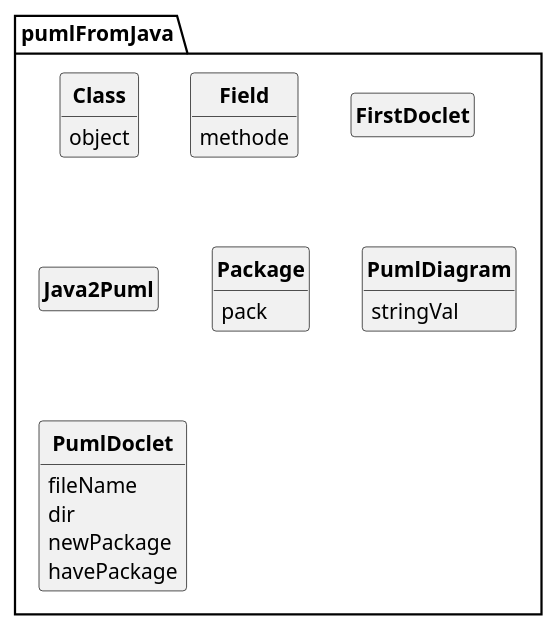
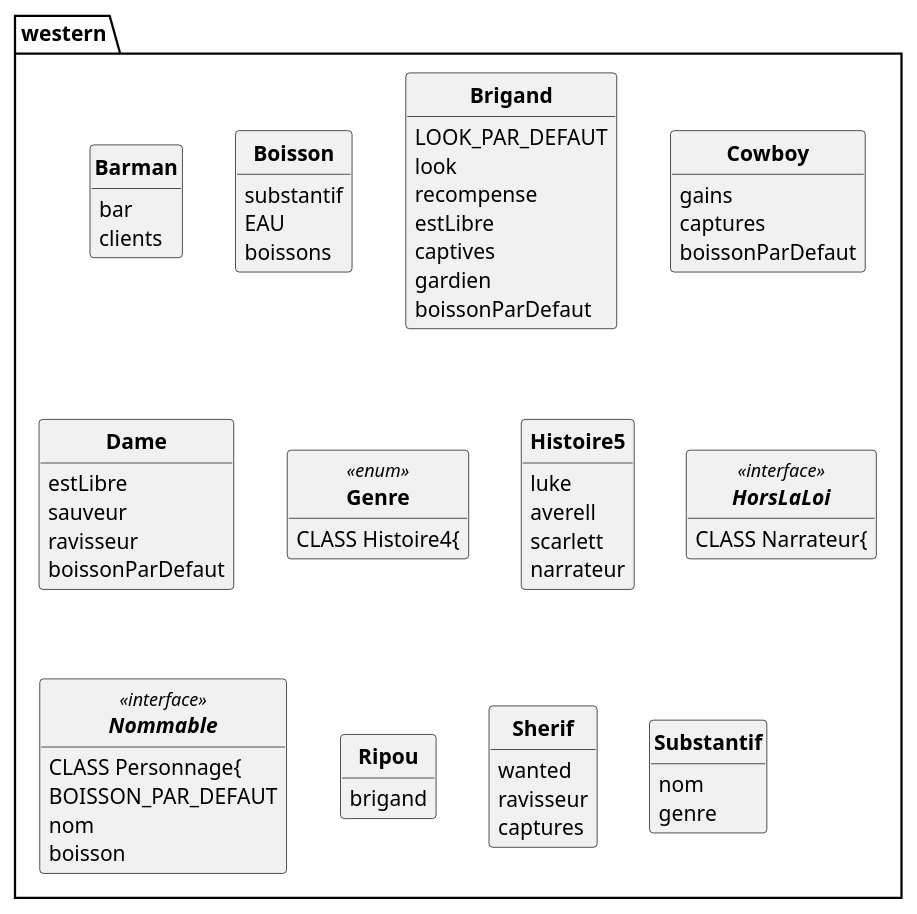
Before and after one commit to D3B1RUM4N/PumlFromJava: the diagram in out/production/p21_projet/pumlCode.puml, drawn with PlantUML. The commit also changed 11 other files, not shown here.

```diff
--- a/out/production/p21_projet/pumlCode.puml
+++ b/out/production/p21_projet/pumlCode.puml
@@ -1,49 +1,100 @@
 @startuml
 
 'UML GENERE PAR CODE :)
 
 skinparam style strictuml
 skinparam classAttributeIconSize 0
 skinparam classFontStyle Bold
 hide empty members
 
-PACKAGE pumlFromJava{
-	CLASS Class{
-		object
+PACKAGE western{
+	CLASS Barman{
+		bar
+		clients
 	}
 
 
-	CLASS Field{
-		methode
+	CLASS Boisson{
+		substantif
+		EAU
+		boissons
 	}
 
 
-	CLASS FirstDoclet{
+	CLASS Brigand{
+		LOOK_PAR_DEFAUT
+		look
+		recompense
+		estLibre
+		captives
+		gardien
+		boissonParDefaut
 	}
 
 
-	CLASS Java2Puml{
+	CLASS Cowboy{
+		gains
+		captures
+		boissonParDefaut
 	}
 
 
-	CLASS Package{
-		pack
+	CLASS Dame{
+		estLibre
+		sauveur
+		ravisseur
+		boissonParDefaut
 	}
 
 
-	CLASS PumlDiagram{
-		stringVal
+	ENUM Genre<<enum>>{
+	CLASS Histoire4{
 	}
 
 
-	CLASS PumlDoclet{
-		fileName
-		dir
-		newPackage
-		havePackage
+	CLASS Histoire5{
+		luke
+		averell
+		scarlett
+		narrateur
+	}
+
+
+	INTERFACE HorsLaLoi<<interface>>{
+
+
+	CLASS Narrateur{
+	}
+
+
+	INTERFACE Nommable<<interface>>{
+
+
+	CLASS Personnage{
+		BOISSON_PAR_DEFAUT
+		nom
+		boisson
+	}
+
+
+	CLASS Ripou{
+		brigand
+	}
+
+
+	CLASS Sherif{
+		wanted
+		ravisseur
+		captures
+	}
+
+
+	CLASS Substantif{
+		nom
+		genre
 	}
 
 
 
 }
 @enduml
```
